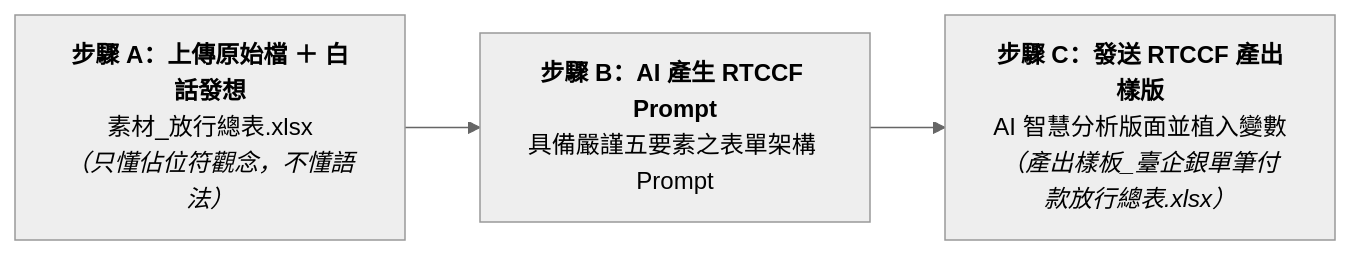
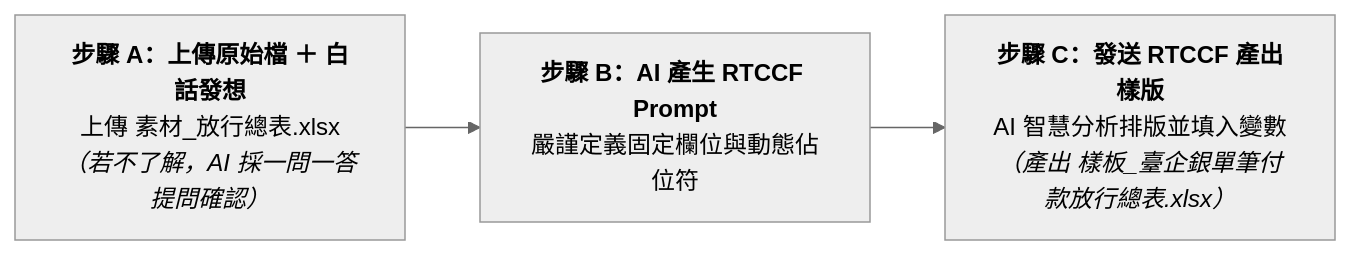
The diagram in 常見的AI應用/實戰範例/出納付款審核與銀行放行總表自動化/7-1_白話自然語言發想提示詞.md (roberthsu2003/workflow-productivity), drawn with Mermaid (neutral theme) before and after one commit. The commit also changed other lines of this file and 1 other file, not shown here.

````diff
--- a/常見的AI應用/實戰範例/出納付款審核與銀行放行總表自動化/7-1_白話自然語言發想提示詞.md
+++ b/常見的AI應用/實戰範例/出納付款審核與銀行放行總表自動化/7-1_白話自然語言發想提示詞.md
@@ -10,5 +10,5 @@
 ```mermaid
 flowchart LR
-    StepA["<b>步驟 A：上傳原始檔 ＋ 白話發想</b><br/>素材_放行總表.xlsx<br/><i>（只懂佔位符觀念，不懂語法）</i>"] --> StepB["<b>步驟 B：AI 產生 RTCCF Prompt</b><br/>具備嚴謹五要素之表單架構 Prompt"]
-    StepB --> StepC["<b>步驟 C：發送 RTCCF 產出樣版</b><br/>AI 智慧分析版面並植入變數<br/><i>（產出樣板_臺企銀單筆付款放行總表.xlsx）</i>"]
+    StepA["<b>步驟 A：上傳原始檔 ＋ 白話發想</b><br/>上傳 素材_放行總表.xlsx<br/><i>（若不了解，AI 採一問一答提問確認）</i>"] --> StepB["<b>步驟 B：AI 產生 RTCCF Prompt</b><br/>嚴謹定義固定欄位與動態佔位符"]
+    StepB --> StepC["<b>步驟 C：發送 RTCCF 產出樣版</b><br/>AI 智慧分析排版並填入變數<br/><i>（產出 樣板_臺企銀單筆付款放行總表.xlsx）</i>"]
 ```
````
